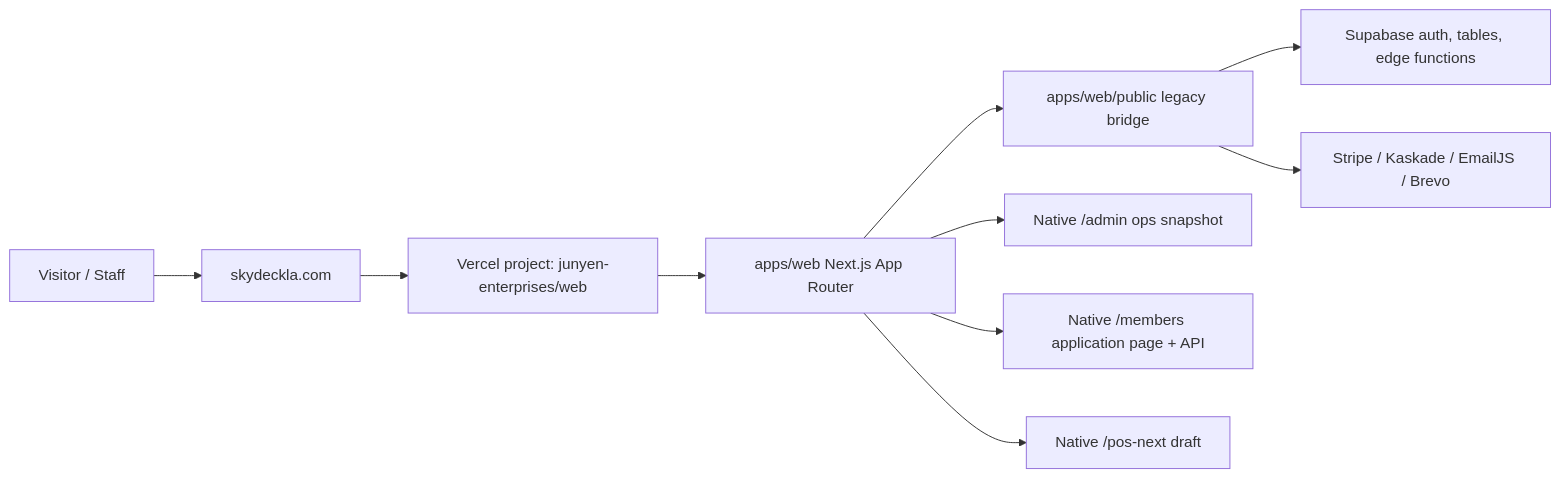
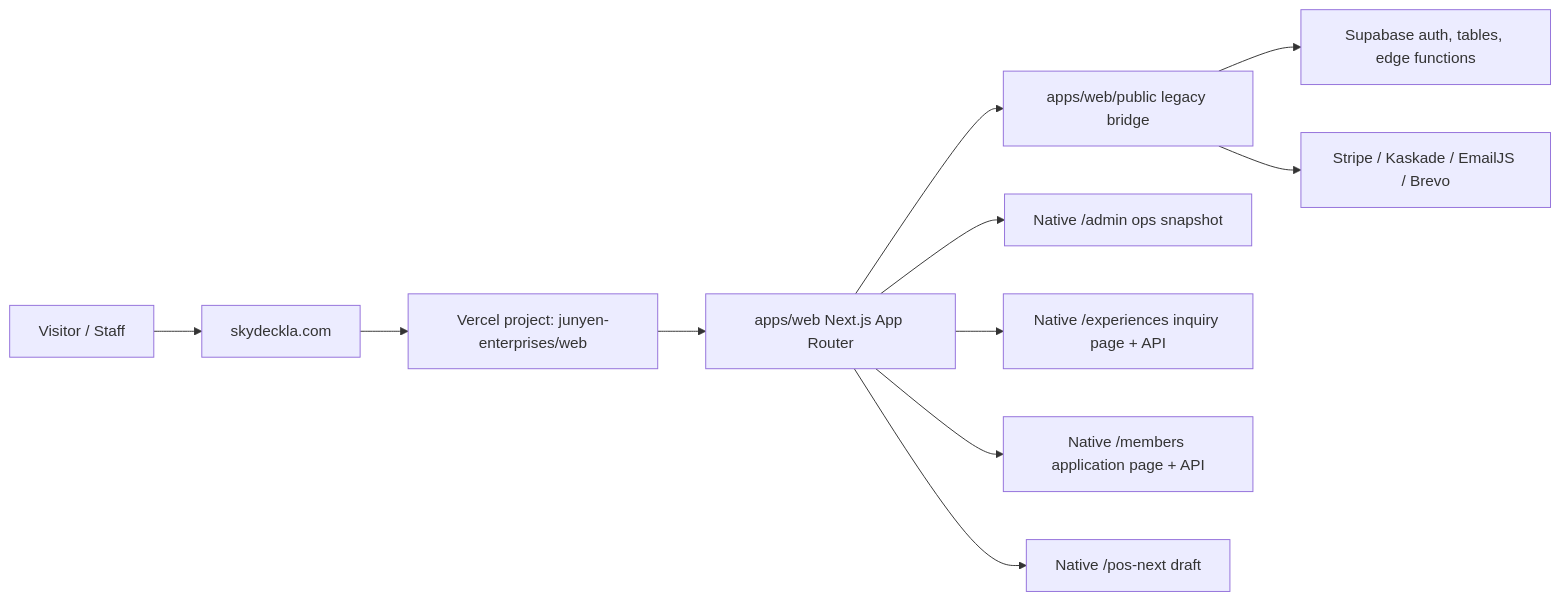
The first of 2 diagrams in docs/phase-2-roadmap.md (junyengit/skyla), drawn with Mermaid before and after one commit. The commit also changed other lines of this file and 23 other files, not shown here.

Commit message:
Move experiences page to App Router

````diff
--- a/docs/phase-2-roadmap.md
+++ b/docs/phase-2-roadmap.md
@@ -20,23 +20,25 @@
 ```mermaid
 flowchart LR
   visitor["Visitor / Staff"]
   domain["skydeckla.com"]
   vercel["Vercel project: junyen-enterprises/web"]
   next["apps/web Next.js App Router"]
   bridge["apps/web/public legacy bridge"]
   admin["Native /admin ops snapshot"]
+  experiences["Native /experiences inquiry page + API"]
   members["Native /members application page + API"]
   posDraft["Native /pos-next draft"]
   supabase["Supabase auth, tables, edge functions"]
   payments["Stripe / Kaskade / EmailJS / Brevo"]
 
   visitor --> domain
   domain --> vercel
   vercel --> next
   next --> bridge
   next --> admin
+  next --> experiences
   next --> members
   next --> posDraft
   bridge --> supabase
   bridge --> payments
 ```
````
